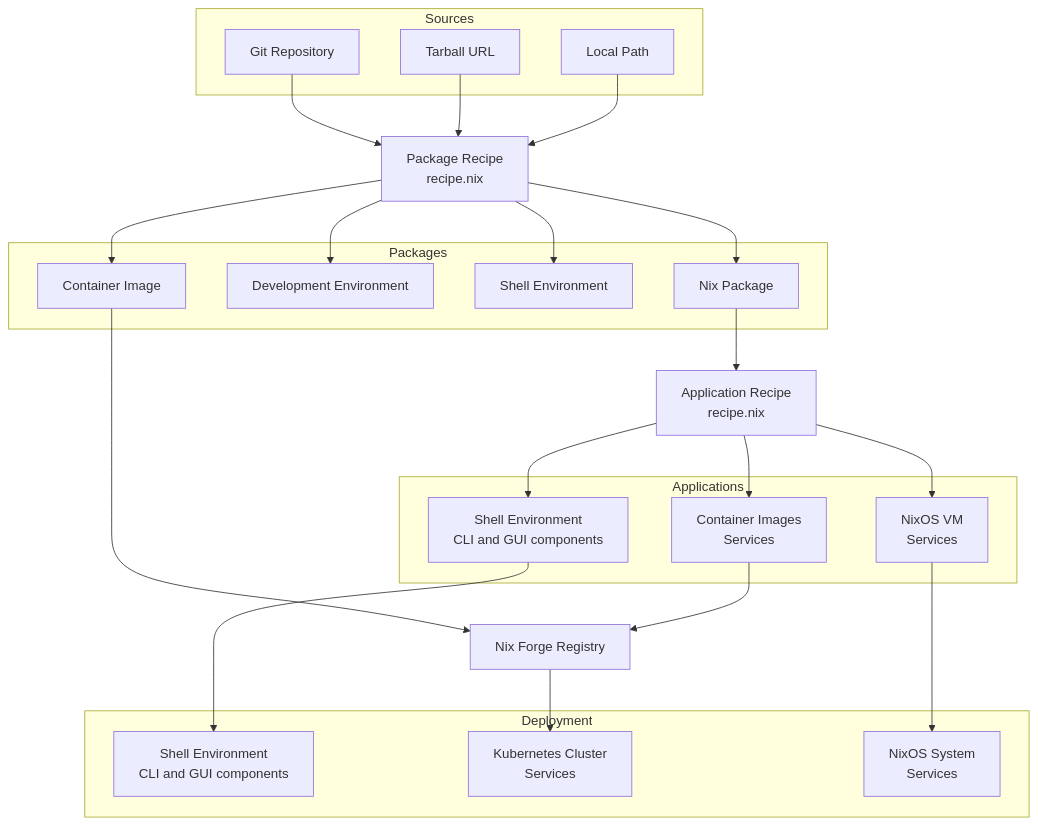
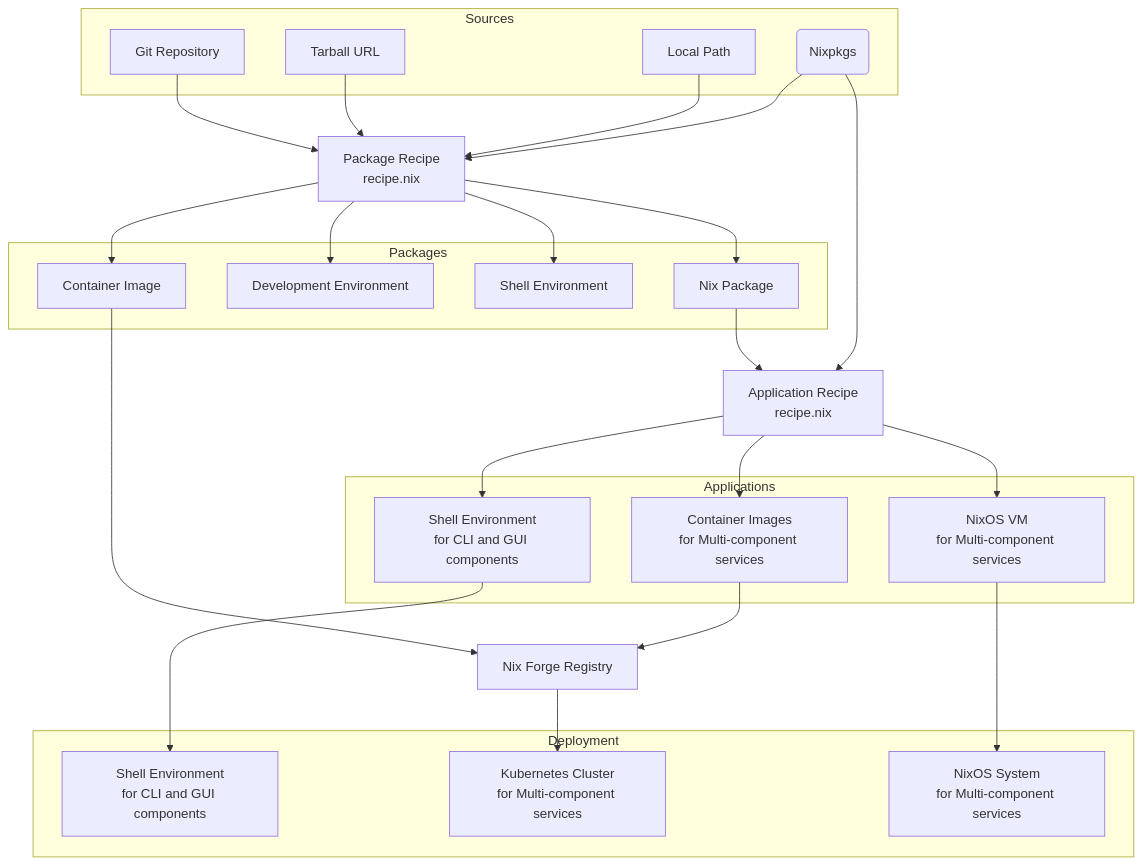
One commit to imincik/nix-forge changed the diagram in README.md. Above: the diagram before and after it, drawn with Mermaid.

Commit message:
docs: update conceptual diagram

````diff
--- a/README.md
+++ b/README.md
@@ -29,48 +29,49 @@
 ```mermaid
 graph TB
     subgraph Sources["Sources"]
         SW1[Git Repository]
         SW2[Tarball URL]
         SW3[Local Path]
+        NIXPKGS(Nixpkgs)
     end
 
     PKG[Package Recipe<br/>recipe.nix]
 
     subgraph PackageOutputs["Packages"]
         PO4[Nix Package]
         PO1[Development Environment]
         PO2[Shell Environment]
         PO3[Container Image]
     end
 
     APP[Application Recipe<br/>recipe.nix]
 
     subgraph AppOutputs["Applications"]
-        AO1[Shell Environment<br/>CLI and GUI components]
-        AO2[Container Images<br/>Services]
-        AO3[NixOS VM<br/>Services]
+        AO1[Shell Environment<br/>for CLI and GUI components]
+        AO2[Container Images<br/>for Multi-component services]
+        AO3[NixOS VM<br/>for Multi-component services]
     end
 
     NFR[Nix Forge Registry]
 
     subgraph Deployment["Deployment"]
-        SHELL[Shell Environment<br/>CLI and GUI components]
-        K8S[Kubernetes Cluster<br/>Services]
-        NIXOS[NixOS System<br/>Services]
+        SHELL[Shell Environment<br/>for CLI and GUI components]
+        K8S[Kubernetes Cluster<br/>for Multi-component services]
+        NIXOS[NixOS System<br/>for Multi-component services]
     end
 
-    SW1 & SW2 & SW3 --> PKG
+    SW1 & SW2 & SW3 & NIXPKGS--> PKG
     PKG --> PO1 & PO2 & PO3 & PO4
 
-    PO4 --> APP
+    PO4 & NIXPKGS --> APP
     APP --> AO1
     APP --> AO2
     APP --> AO3
 
     PO3 --> NFR
     AO2 --> NFR
 
     AO1 --> SHELL
     AO3 --> NIXOS
     NFR --> K8S
 ```
````
